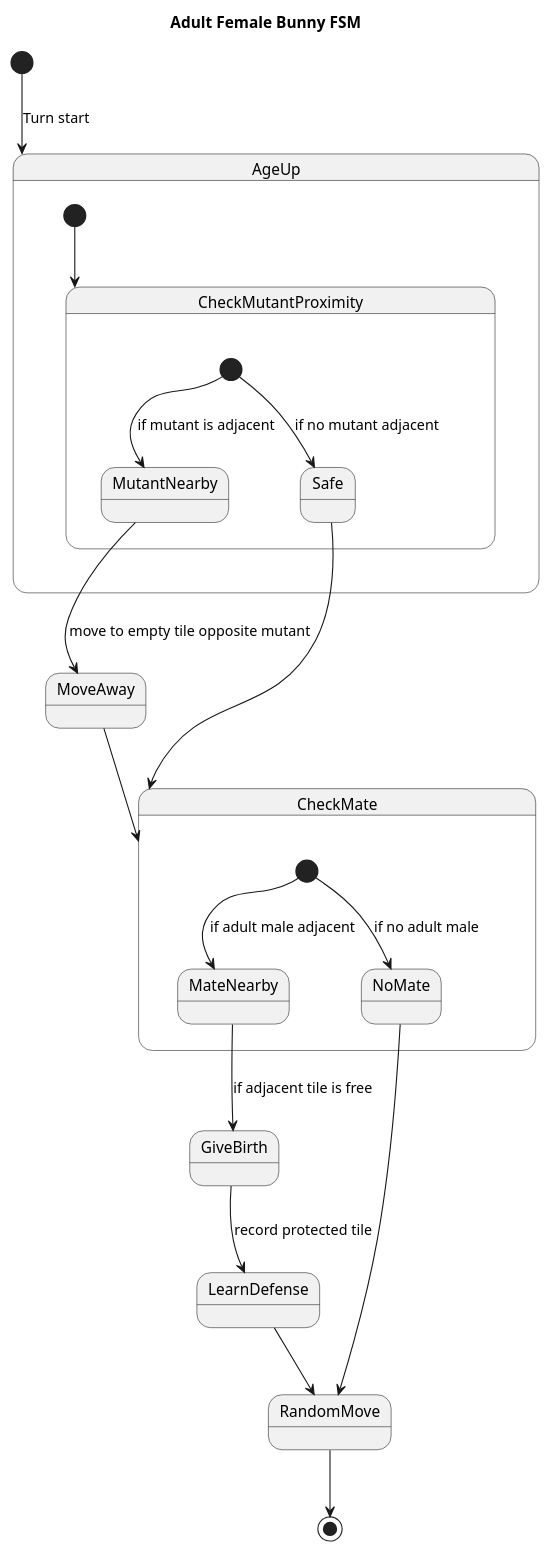
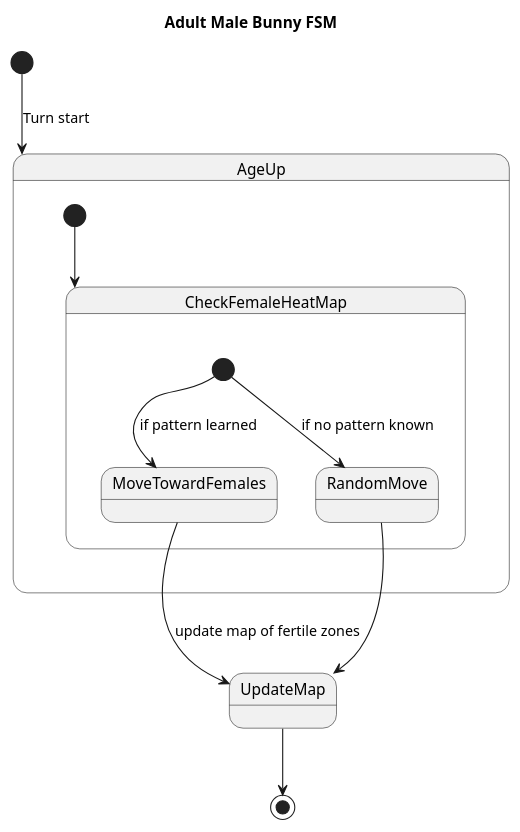
The diagram in fsm/adult_male_fsm.puml (brayii/AIBSIMS), drawn with PlantUML before and after one commit. The commit also changed other lines of this file and 6 other files, not shown here.

```diff
--- a/fsm/adult_male_fsm.puml
+++ b/fsm/adult_male_fsm.puml
@@ -1,32 +1,20 @@
 @startuml
-title Adult Female Bunny FSM
+title Adult Male Bunny FSM
 
 [*] --> AgeUp : Turn start
 
 state AgeUp {
-  [*] --> CheckMutantProximity
+  [*] --> CheckFemaleHeatMap
 }
 
-state CheckMutantProximity <<decision>> {
-  [*] --> MutantNearby : if mutant is adjacent
-  [*] --> Safe : if no mutant adjacent
+state CheckFemaleHeatMap <<decision>> {
+  [*] --> MoveTowardFemales : if pattern learned
+  [*] --> RandomMove : if no pattern known
 }
 
-MutantNearby --> MoveAway : move to empty tile opposite mutant
-MoveAway --> CheckMate
+MoveTowardFemales --> UpdateMap : update map of fertile zones
+RandomMove --> UpdateMap
 
-Safe --> CheckMate
-
-state CheckMate <<decision>> {
-  [*] --> MateNearby : if adult male adjacent
-  [*] --> NoMate : if no adult male
-}
-
-MateNearby --> GiveBirth : if adjacent tile is free
-GiveBirth --> LearnDefense : record protected tile
-
-NoMate --> RandomMove
-LearnDefense --> RandomMove
-RandomMove --> [*]
+UpdateMap --> [*]
 
 @enduml
```
